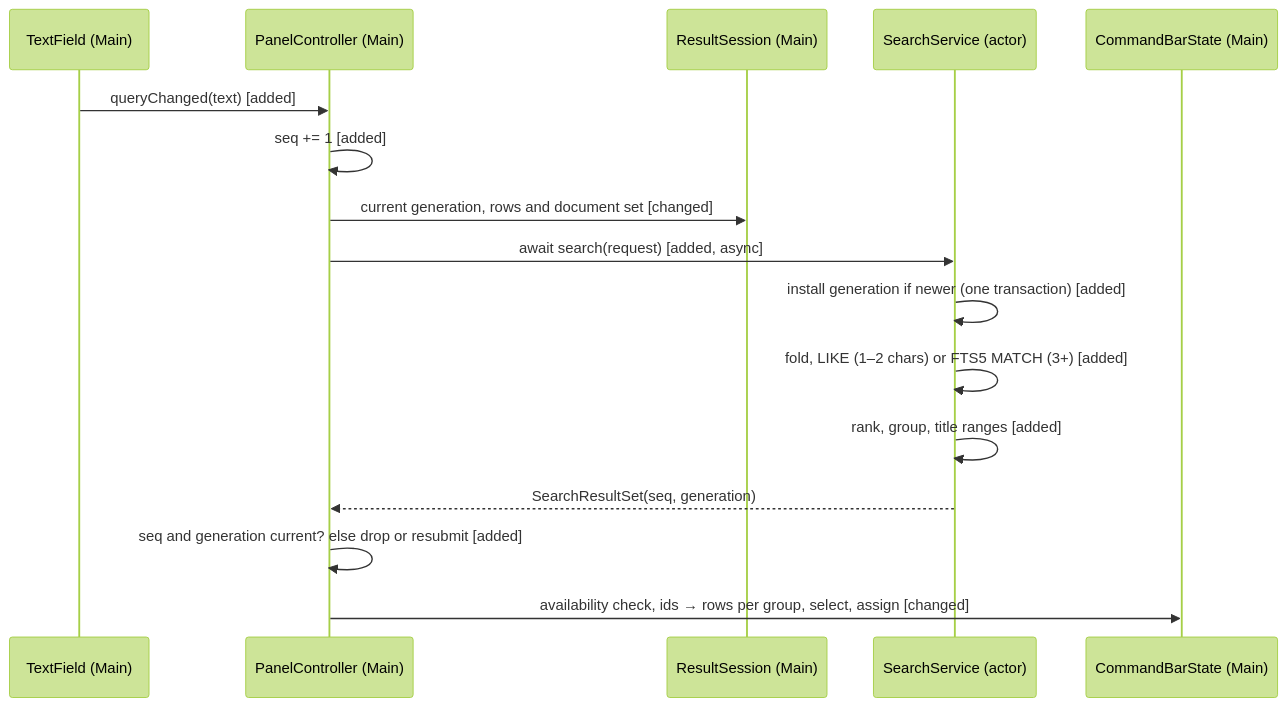
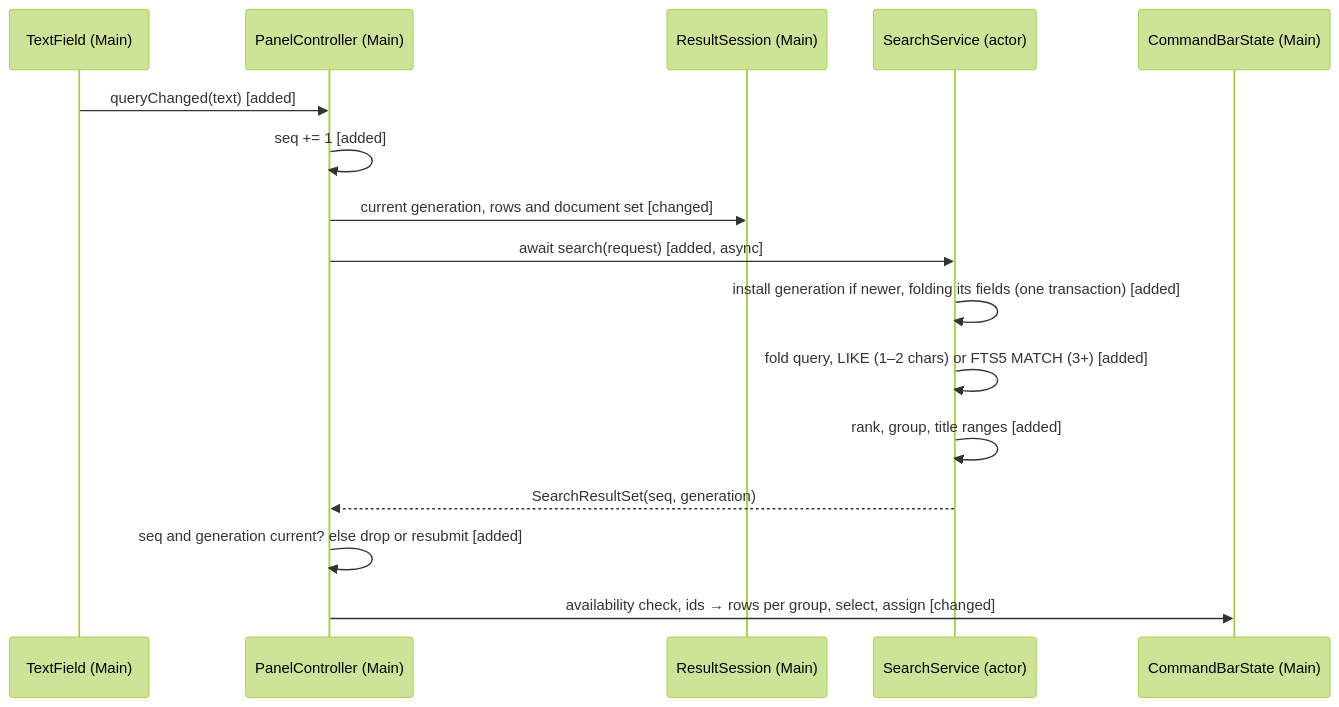
Before and after one commit to ShravanSunder/agentstudio: the third of 4 diagrams in docs/specs/2026-09-26-find-search-service/2026-09-26-find-search-service-program-design.md, drawn with Mermaid (forest theme). The commit also changed other lines of this file, not shown here.

Commit message:
Fold search text only on the Find actor and measure every result publication

````diff
--- a/docs/specs/2026-09-26-find-search-service/2026-09-26-find-search-service-program-design.md
+++ b/docs/specs/2026-09-26-find-search-service/2026-09-26-find-search-service-program-design.md
@@ -168,18 +169,18 @@
 ```mermaid
 sequenceDiagram
   participant TF as TextField (Main)
   participant C as PanelController (Main)
   participant RS as ResultSession (Main)
   participant S as SearchService (actor)
   participant ST as CommandBarState (Main)
   TF->>C: queryChanged(text) [added]
   C->>C: seq += 1 [added]
   C->>RS: current generation, rows and document set [changed]
   C->>S: await search(request) [added, async]
-  S->>S: install generation if newer (one transaction) [added]
-  S->>S: fold, LIKE (1–2 chars) or FTS5 MATCH (3+) [added]
+  S->>S: install generation if newer, folding its fields (one transaction) [added]
+  S->>S: fold query, LIKE (1–2 chars) or FTS5 MATCH (3+) [added]
   S->>S: rank, group, title ranges [added]
   S-->>C: SearchResultSet(seq, generation)
   C->>C: seq and generation current? else drop or resubmit [added]
   C->>ST: availability check, ids → rows per group, select, assign [changed]
 ```
````
